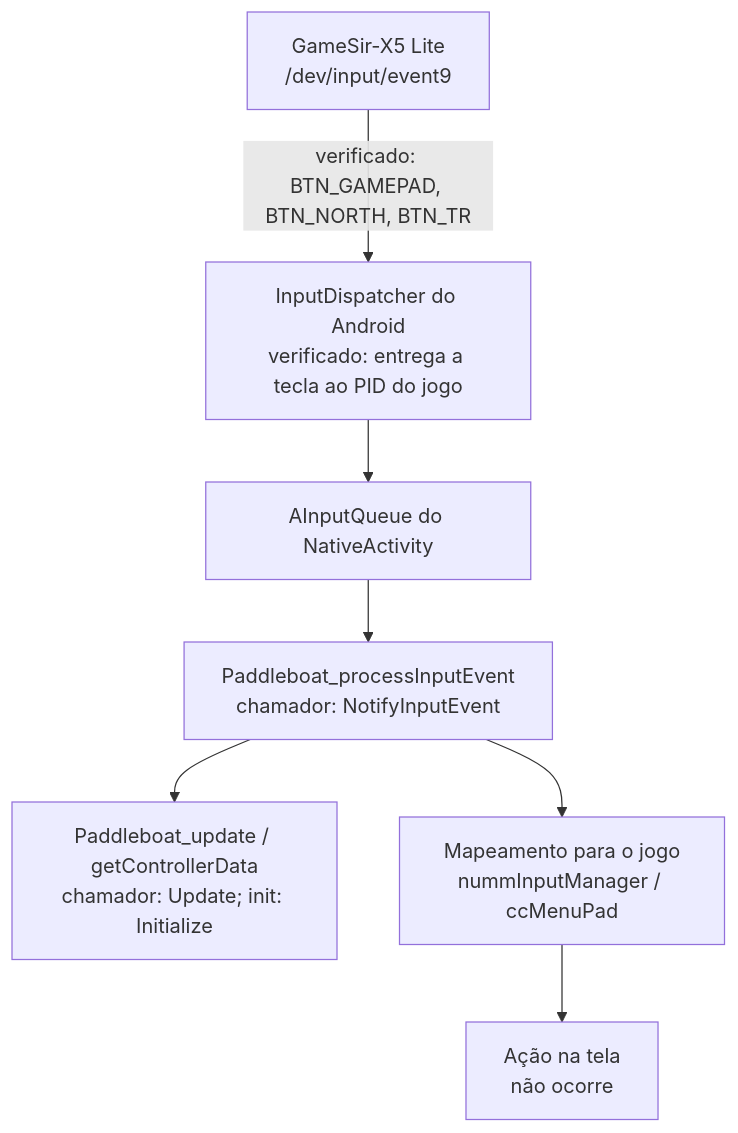
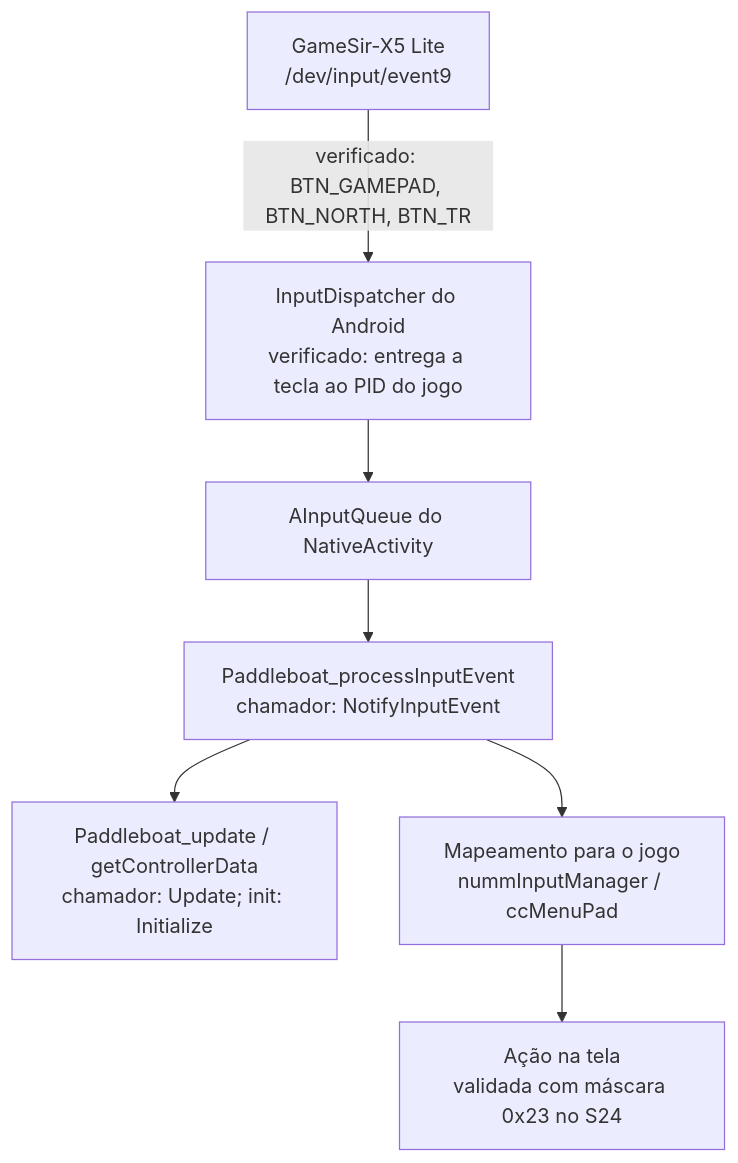
Before and after one commit to ThiagoAciole/uns-mobile-fix-exynos: the second of 2 diagrams in docs/ARCHITECTURE.md, drawn with Mermaid. The commit also changed other lines of this file and 15 other files, not shown here.

````diff
--- a/docs/ARCHITECTURE.md
+++ b/docs/ARCHITECTURE.md
@@ -69,9 +69,9 @@
 ```mermaid
 flowchart TD
     K["GameSir-X5 Lite<br/>/dev/input/event9"] -->|"verificado: BTN_GAMEPAD, BTN_NORTH, BTN_TR"| D["InputDispatcher do Android<br/>verificado: entrega a tecla ao PID do jogo"]
     D --> Q["AInputQueue do NativeActivity"]
     Q --> P["Paddleboat_processInputEvent<br/>chamador: NotifyInputEvent"]
     P --> S["Paddleboat_update / getControllerData<br/>chamador: Update; init: Initialize"]
     P --> M["Mapeamento para o jogo<br/>nummInputManager / ccMenuPad"]
-    M --> T["Ação na tela<br/>não ocorre"]
+    M --> T["Ação na tela<br/>validada com máscara 0x23 no S24"]
 ```
````
